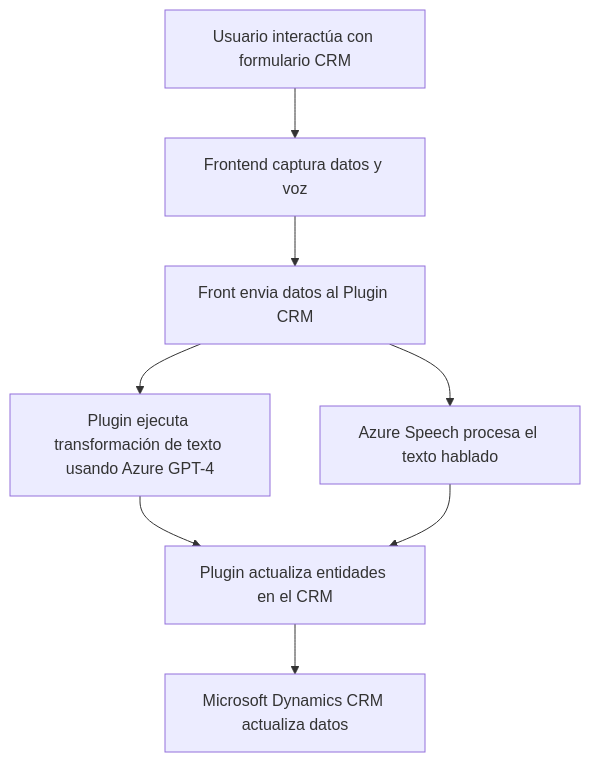
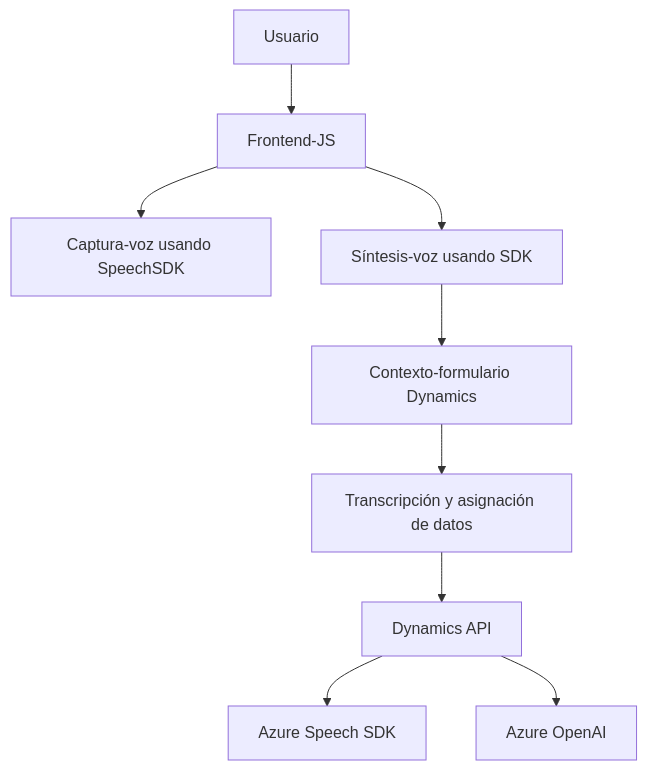
One commit to blopezdm/NETCORE_BILBAO2025 changed the diagram in README.md. Above: the diagram before and after it, drawn with Mermaid. The commit also changed other lines of this file, not shown here.

Commit message:
Actualizar análisis global de la solución con IA

````diff
--- a/README.md
+++ b/README.md
@@ -41,18 +40,11 @@
 ```mermaid
 graph TD
-    Start["Usuario interactúa con formulario CRM"]
-    F1["Frontend captura datos y voz"]
-    F2["Front envia datos al Plugin CRM"]
-    P1["Plugin ejecuta transformación de texto usando Azure GPT-4"]
-    G1["Azure Speech procesa el texto hablado"]
-    P2["Plugin actualiza entidades en el CRM"]
-    CRM["Microsoft Dynamics CRM actualiza datos"]
-
-    Start --> F1
-    F1 --> F2
-    F2 --> P1
-    F2 --> G1
-    P1 --> P2
-    G1 --> P2
-    P2 --> CRM
+    A["Usuario"] --> B["Frontend-JS"]
+    B["Frontend-JS"] --> C["Captura-voz usando SpeechSDK"]
+    B["Frontend-JS"] --> D["Síntesis-voz usando SDK"]
+    D["Síntesis-voz usando SDK"] --> E["Contexto-formulario Dynamics"]
+    E["Contexto-formulario Dynamics"] --> F["Transcripción y asignación de datos"]
+    F["Transcripción y asignación de datos"] --> G["Dynamics API"]
+    G["Dynamics API"] --> H["Azure Speech SDK"]
+    G["Dynamics API"] --> I["Azure OpenAI"]
 ```
````
